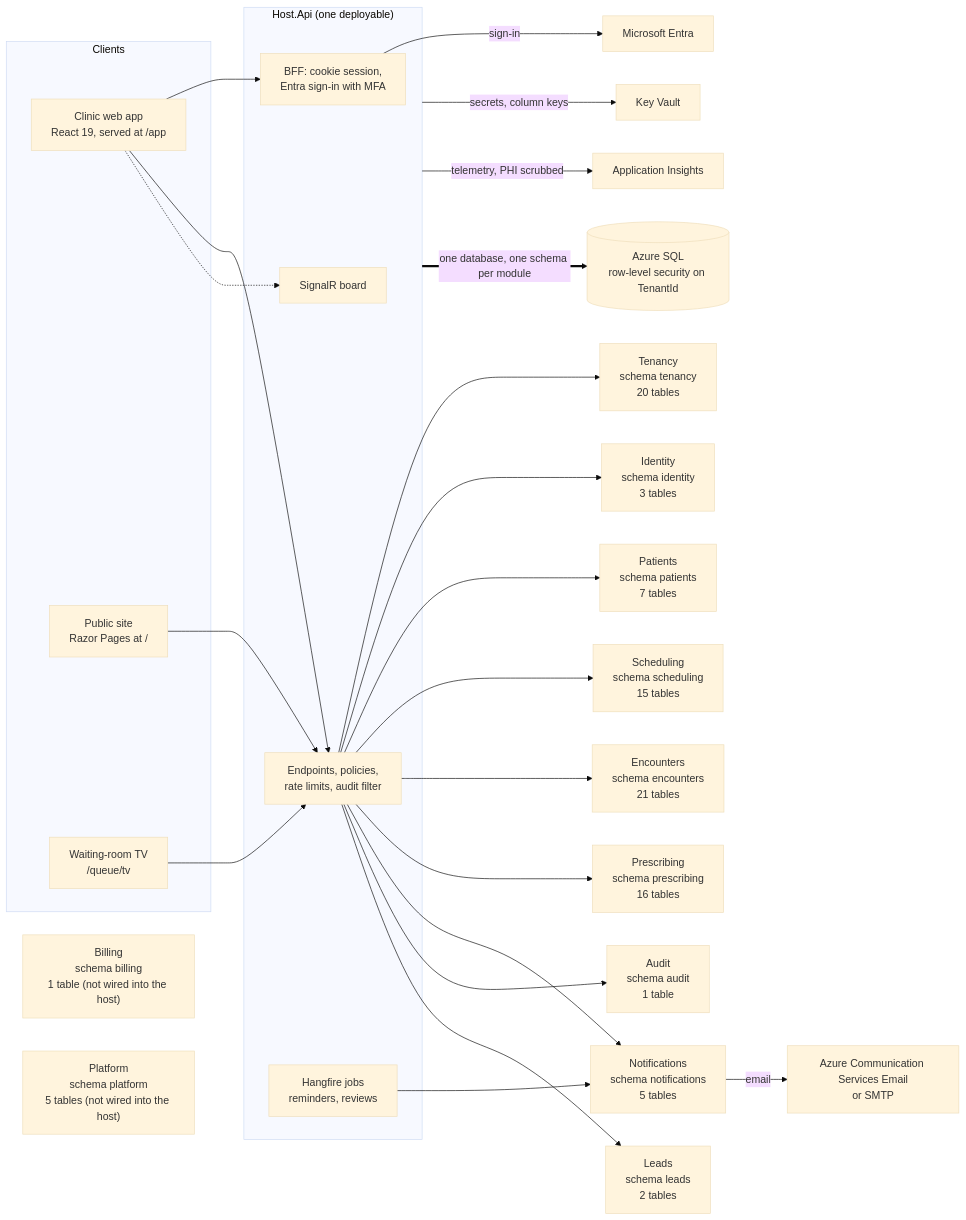
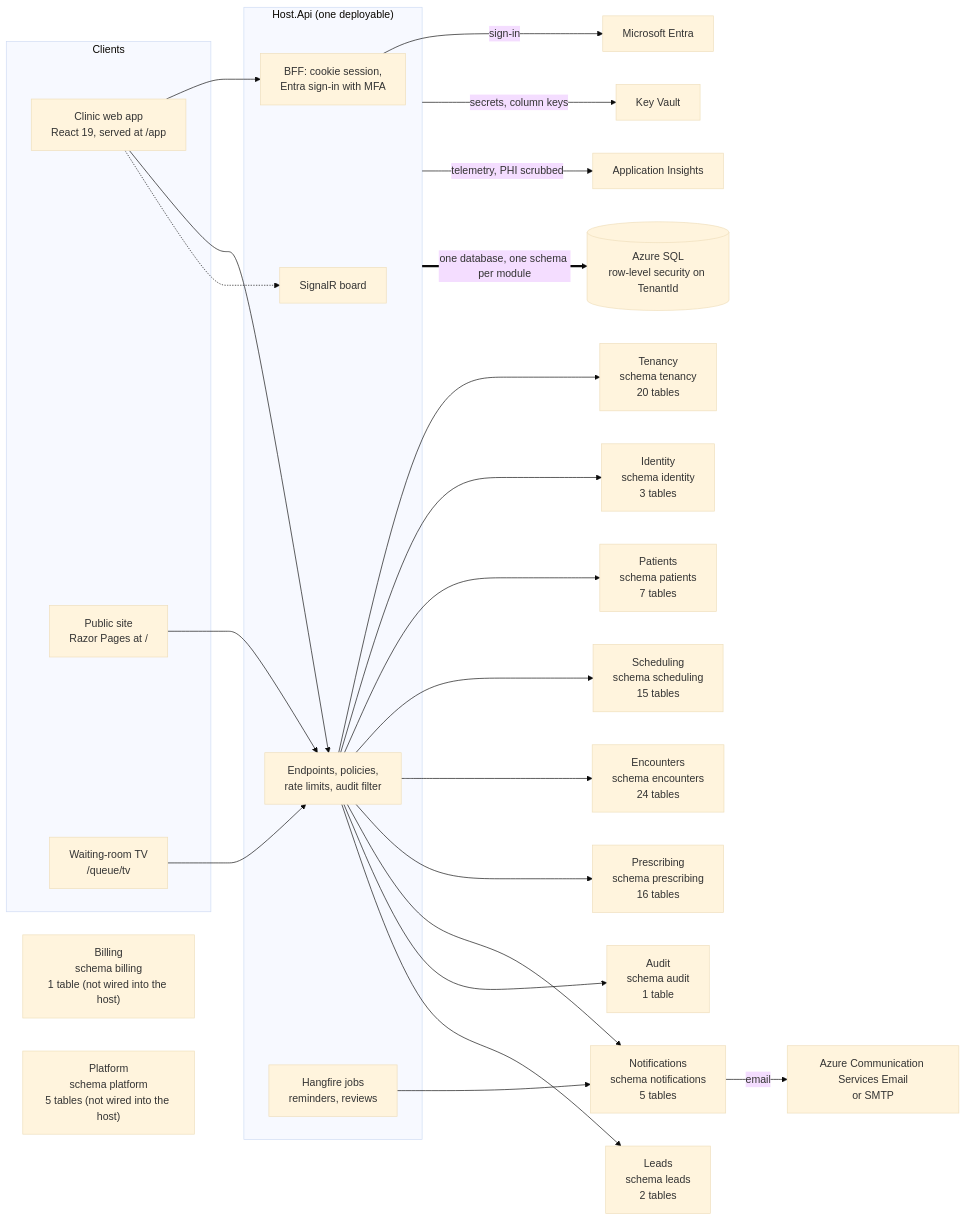
Before and after one commit to ALFRED-LUCIFER/medvya: the first of 14 diagrams in docs/03-architecture/erd.md, drawn with Mermaid (base theme). The commit also changed other lines of this file and 31 other files, not shown here.

````diff
--- a/docs/03-architecture/erd.md
+++ b/docs/03-architecture/erd.md
@@ -15,36 +15,36 @@
 ```mermaid
 flowchart LR
   subgraph Clients
     web["Clinic web app<br/>React 19, served at /app"]
     site["Public site<br/>Razor Pages at /"]
     tv["Waiting-room TV<br/>/queue/tv"]
   end
   subgraph Host["Host.Api (one deployable)"]
     bff["BFF: cookie session,<br/>Entra sign-in with MFA"]
     api["Endpoints, policies,<br/>rate limits, audit filter"]
     hub["SignalR board"]
     jobs["Hangfire jobs<br/>reminders, reviews"]
   end
   web --> bff
   web --> api
   web -.-> hub
   tv --> api
   site --> api
   api --> Tenancy["Tenancy<br/>schema tenancy<br/>20 tables"]
   api --> Identity["Identity<br/>schema identity<br/>3 tables"]
   api --> Patients["Patients<br/>schema patients<br/>7 tables"]
   api --> Scheduling["Scheduling<br/>schema scheduling<br/>15 tables"]
-  api --> Encounters["Encounters<br/>schema encounters<br/>21 tables"]
+  api --> Encounters["Encounters<br/>schema encounters<br/>24 tables"]
   api --> Prescribing["Prescribing<br/>schema prescribing<br/>16 tables"]
   api --> Notifications["Notifications<br/>schema notifications<br/>5 tables"]
   api --> Audit["Audit<br/>schema audit<br/>1 table"]
   api --> Leads["Leads<br/>schema leads<br/>2 tables"]
   Billing["Billing<br/>schema billing<br/>1 table (not wired into the host)"]
   Platform["Platform<br/>schema platform<br/>5 tables (not wired into the host)"]
   jobs --> Notifications
   bff -->|"sign-in"| entra["Microsoft Entra"]
   Notifications -->|"email"| mail["Azure Communication Services Email<br/>or SMTP"]
   Host -->|"secrets, column keys"| kv["Key Vault"]
   Host -->|"telemetry, PHI scrubbed"| ai["Application Insights"]
   Host ==>|"one database, one schema per module"| sql[("Azure SQL<br/>row-level security on TenantId")]
 ```
````
